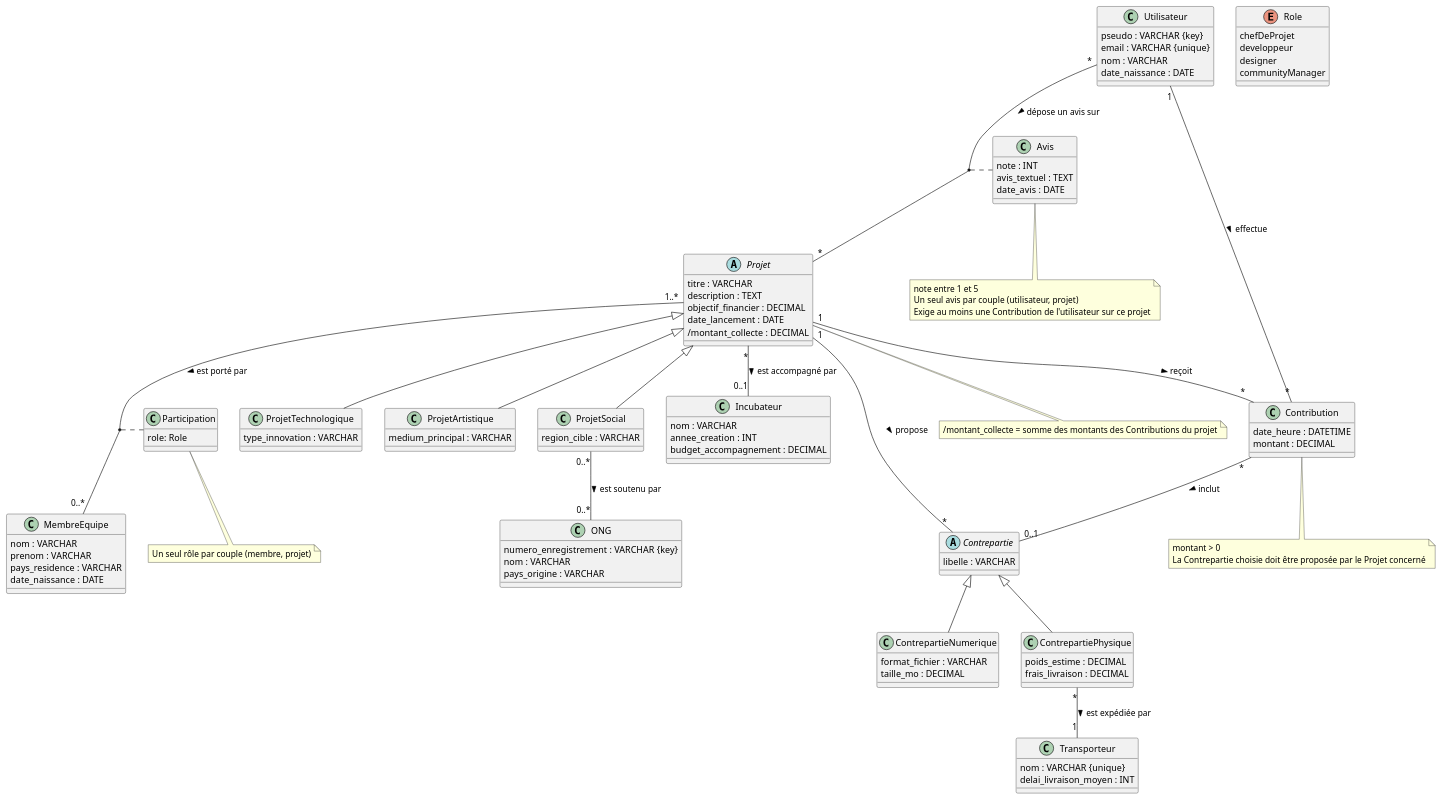
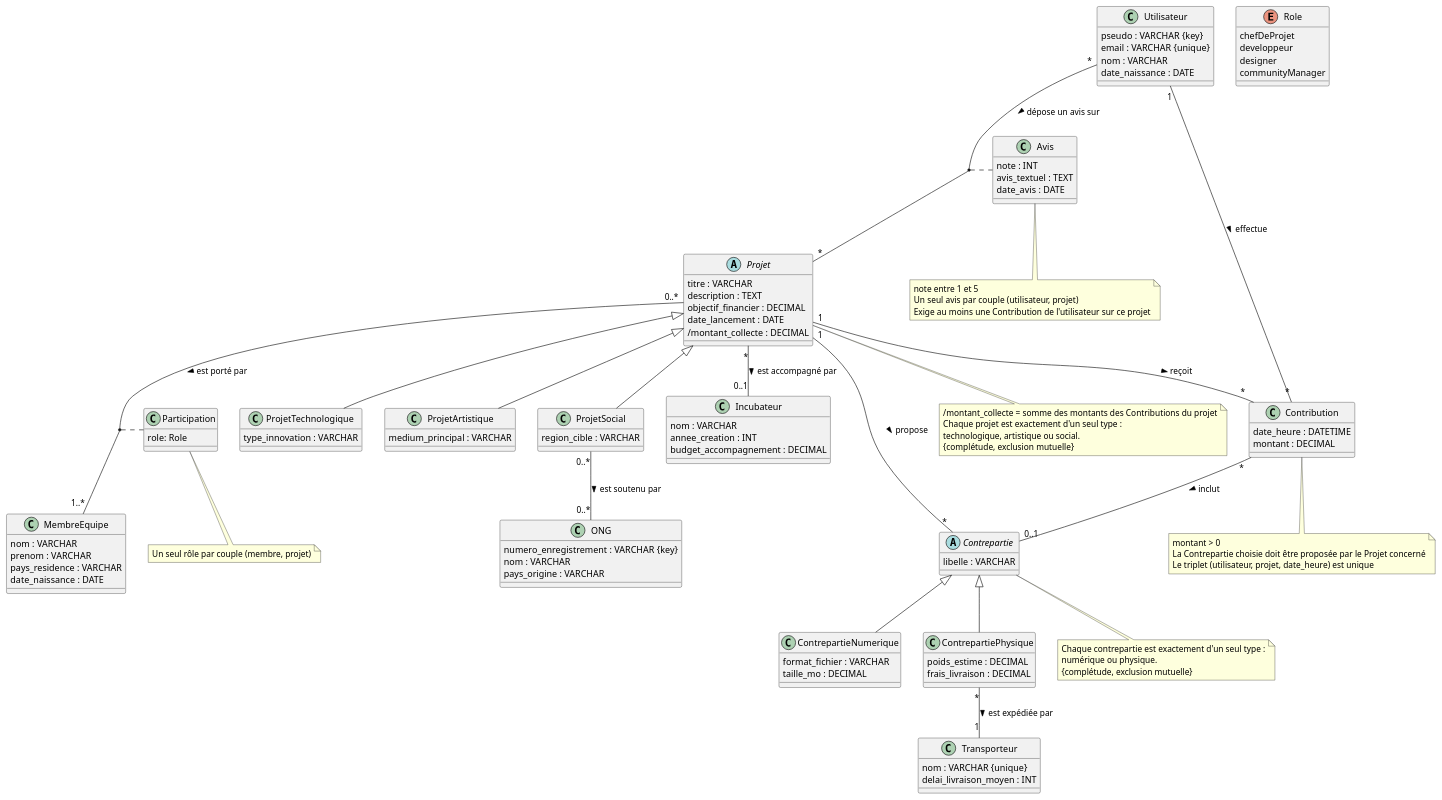
Before and after one commit to GrosJaco/nf18: the diagram in MCD/MCD v2/MCDv2.puml, drawn with PlantUML.

Commit message:
Replace MCDv2.puml

```diff
--- a/MCD/MCD v2/MCDv2.puml
+++ b/MCD/MCD v2/MCDv2.puml
@@ -1,112 +1,126 @@
 @startuml
 
 abstract class Projet {
   titre : VARCHAR
   description : TEXT
   objectif_financier : DECIMAL
   date_lancement : DATE
   /montant_collecte : DECIMAL
 }
 class ProjetTechnologique {
   type_innovation : VARCHAR
 }
 class ProjetArtistique {
   medium_principal : VARCHAR
 }
 class ProjetSocial {
   region_cible : VARCHAR
 }
 Projet <|-- ProjetTechnologique
 Projet <|-- ProjetArtistique
 Projet <|-- ProjetSocial
 
 class Incubateur {
   nom : VARCHAR
   annee_creation : INT
   budget_accompagnement : DECIMAL
 }
 class ONG {
   numero_enregistrement : VARCHAR {key}
   nom : VARCHAR
   pays_origine : VARCHAR
 }
 class MembreEquipe {
   nom : VARCHAR
   prenom : VARCHAR
   pays_residence : VARCHAR
   date_naissance : DATE
 }
 enum Role {
   chefDeProjet
   developpeur
   designer
   communityManager
 }
 class Participation {
   role: Role
 }
 
 class Utilisateur {
   pseudo : VARCHAR {key}
   email : VARCHAR {unique}
   nom : VARCHAR
   date_naissance : DATE
 }
 class Contribution {
   date_heure : DATETIME
   montant : DECIMAL
 }
 class Avis {
   note : INT
   avis_textuel : TEXT
   date_avis : DATE
 }
 
 abstract class Contrepartie {
   libelle : VARCHAR
 }
 class ContrepartieNumerique {
   format_fichier : VARCHAR
   taille_mo : DECIMAL
 }
 class ContrepartiePhysique {
   poids_estime : DECIMAL
   frais_livraison : DECIMAL
 }
 class Transporteur {
   nom : VARCHAR {unique}
   delai_livraison_moyen : INT
 }
 Contrepartie <|-- ContrepartieNumerique
 Contrepartie <|-- ContrepartiePhysique
 
 ' Associations
 Projet "*" -- "0..1" Incubateur : est accompagné par >
-Projet "1..*" -- "0..*" MembreEquipe : est porté par >
+Projet "0..*" -- "1..*" MembreEquipe : est porté par >
 (Projet, MembreEquipe) .. Participation
 ProjetSocial "0..*" -- "0..*" ONG : est soutenu par >
 Projet "1" -- "*" Contrepartie : propose >
 Projet "1" -- "*" Contribution : reçoit >
 Utilisateur "1" -- "*" Contribution : effectue >
 Contribution "*" -- "0..1" Contrepartie : inclut >
 ContrepartiePhysique "*" -- "1" Transporteur : est expédiée par >
 Utilisateur "*" -- "*" Projet : dépose un avis sur >
 (Utilisateur, Projet) .. Avis
 
 ' Contraintes
 note bottom of Projet
   /montant_collecte = somme des montants des Contributions du projet
+  Chaque projet est exactement d'un seul type :
+  technologique, artistique ou social.
+  {complétude, exclusion mutuelle}
 end note
+
+note bottom of Contrepartie
+  Chaque contrepartie est exactement d'un seul type :
+  numérique ou physique.
+  {complétude, exclusion mutuelle}
+end note
+
 note bottom of Avis
   note entre 1 et 5
   Un seul avis par couple (utilisateur, projet)
   Exige au moins une Contribution de l'utilisateur sur ce projet
 end note
+
 note bottom of Contribution
   montant > 0
   La Contrepartie choisie doit être proposée par le Projet concerné
+  Le triplet (utilisateur, projet, date_heure) est unique
 end note
+
 note bottom of Participation
   Un seul rôle par couple (membre, projet)
 end note
+
 @enduml
```
